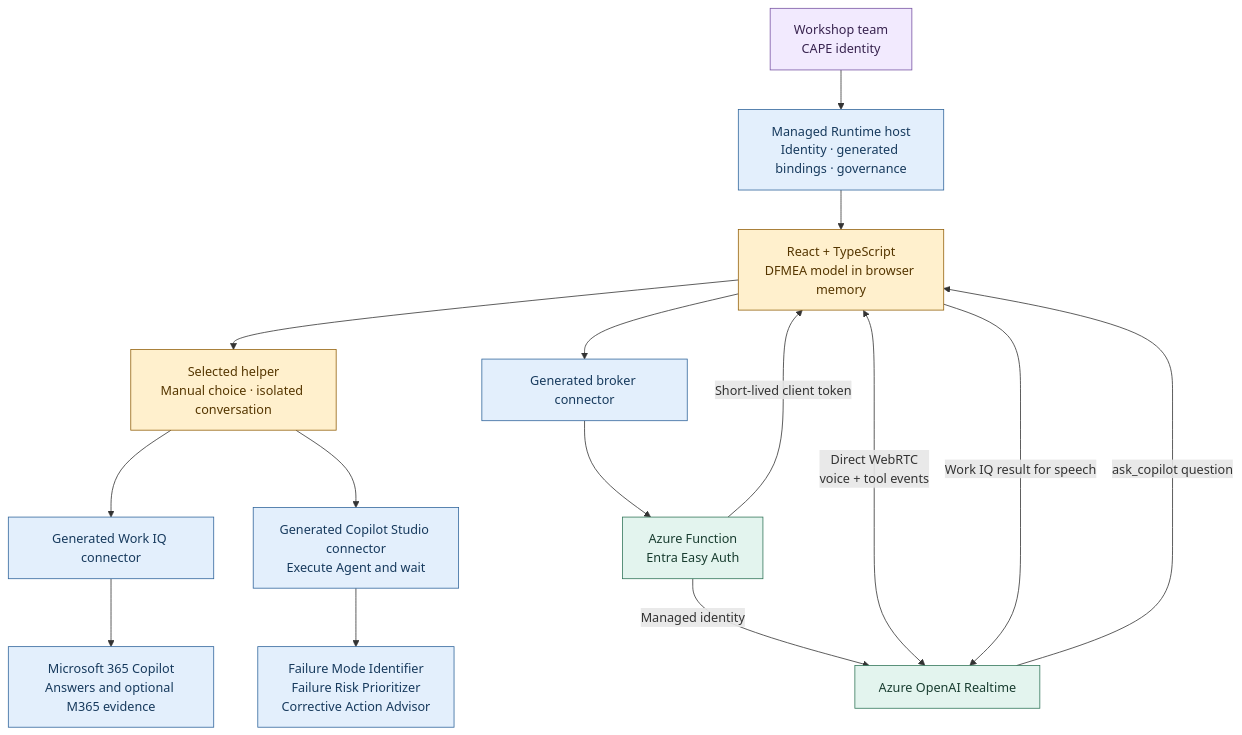
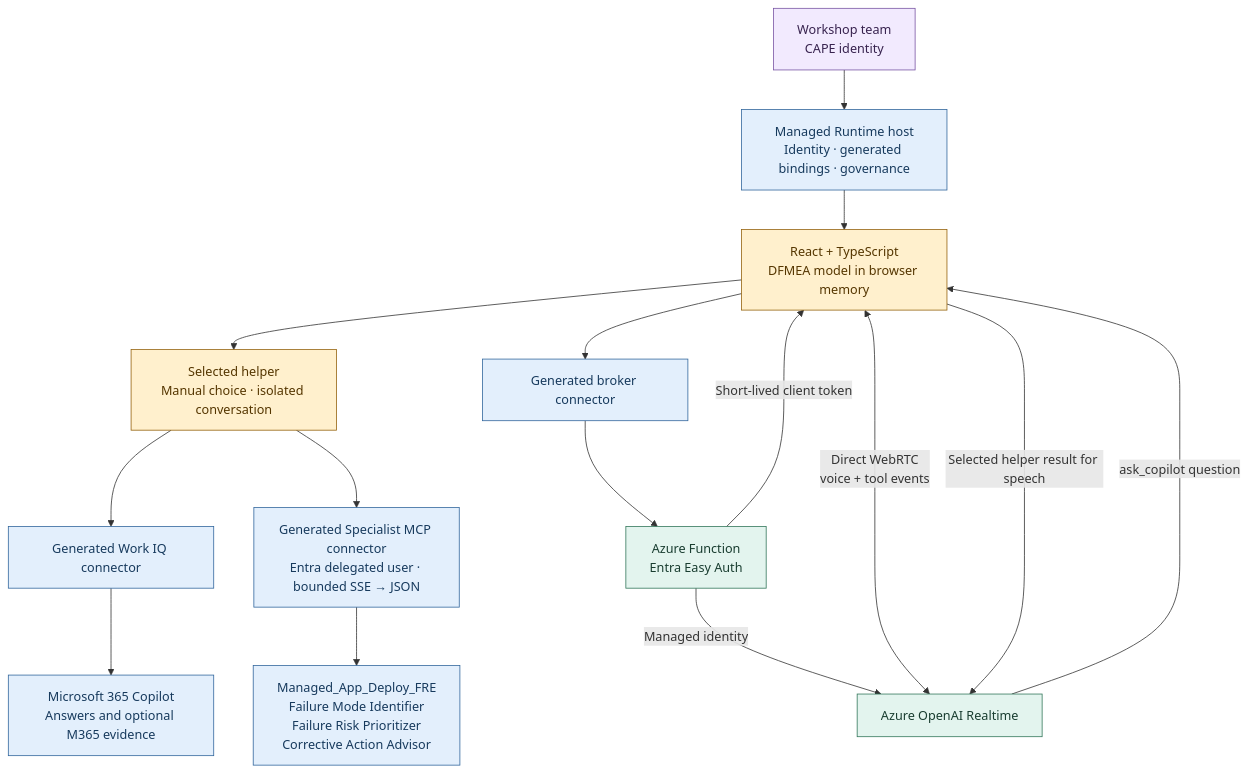
One commit to Roelzz/code_app_voice changed the second of 5 diagrams in README.md. Above: the diagram before and after it, drawn with Mermaid. The commit also changed other lines of this file and 19 other files, not shown here.

Commit message:
feat: connect FRE specialists through delegated MCP

````diff
--- a/README.md
+++ b/README.md
@@ -61,25 +61,25 @@
 ```mermaid
 flowchart TB
     Team["Workshop team<br/>CAPE identity"] --> Host["Managed Runtime host<br/>Identity · generated bindings · governance"]
     Host --> App["React + TypeScript<br/>DFMEA model in browser memory"]
     App --> Select["Selected helper<br/>Manual choice · isolated conversation"]
     Select --> IQ["Generated Work IQ connector"]
     IQ --> Copilot["Microsoft 365 Copilot<br/>Answers and optional M365 evidence"]
-    Select --> Studio["Generated Copilot Studio connector<br/>Execute Agent and wait"]
-    Studio --> Specialists["Failure Mode Identifier<br/>Failure Risk Prioritizer<br/>Corrective Action Advisor"]
+    Select --> Studio["Generated Specialist MCP connector<br/>Entra delegated user · bounded SSE → JSON"]
+    Studio --> Specialists["Managed_App_Deploy_FRE<br/>Failure Mode Identifier<br/>Failure Risk Prioritizer<br/>Corrective Action Advisor"]
     App --> BrokerConn["Generated broker connector"]
     BrokerConn --> Broker["Azure Function<br/>Entra Easy Auth"]
     Broker -->|"Managed identity"| Azure["Azure OpenAI Realtime"]
     Broker -->|"Short-lived client token"| App
     App <-->|"Direct WebRTC<br/>voice + tool events"| Azure
     Azure -->|"ask_copilot question"| App
-    App -->|"Work IQ result for speech"| Azure
+    App -->|"Selected helper result for speech"| Azure
     classDef person fill:#F2EAFE,stroke:#7854A3,color:#38234F
     classDef app fill:#FFF0CD,stroke:#94620D,color:#553600
     classDef m365 fill:#E3EFFC,stroke:#31669C,color:#173A5D
     classDef azure fill:#E3F4EE,stroke:#32765A,color:#193D30
     class Team person
     class App,Select app
     class Host,IQ,Copilot,BrokerConn,Studio,Specialists m365
     class Broker,Azure azure
 ```
````
